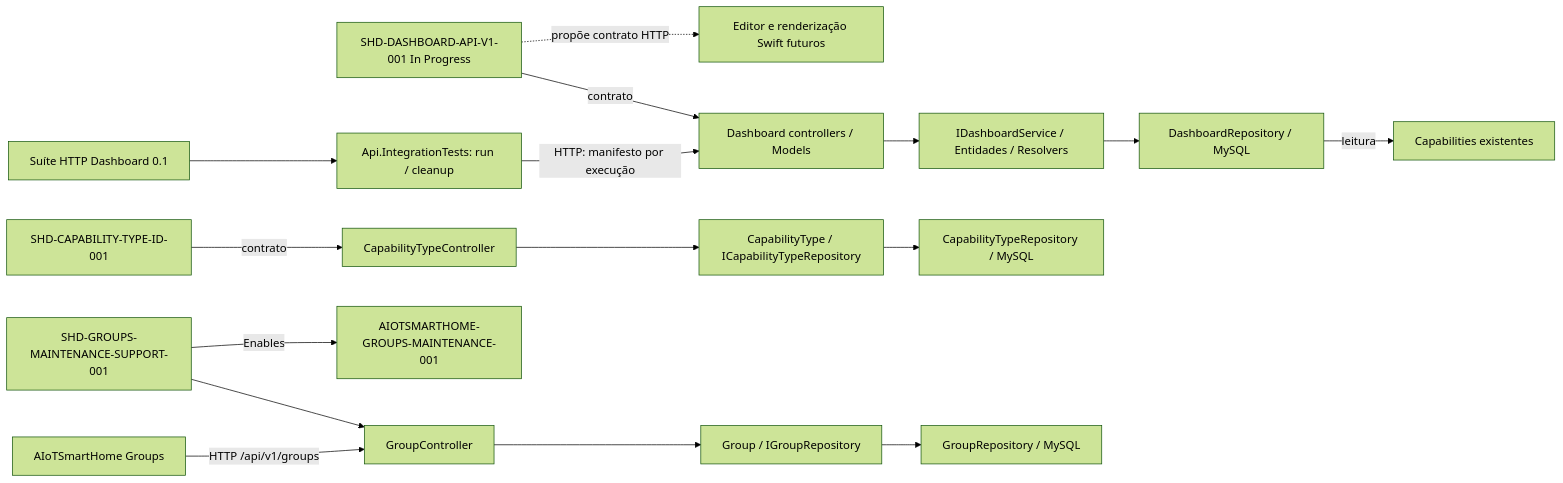
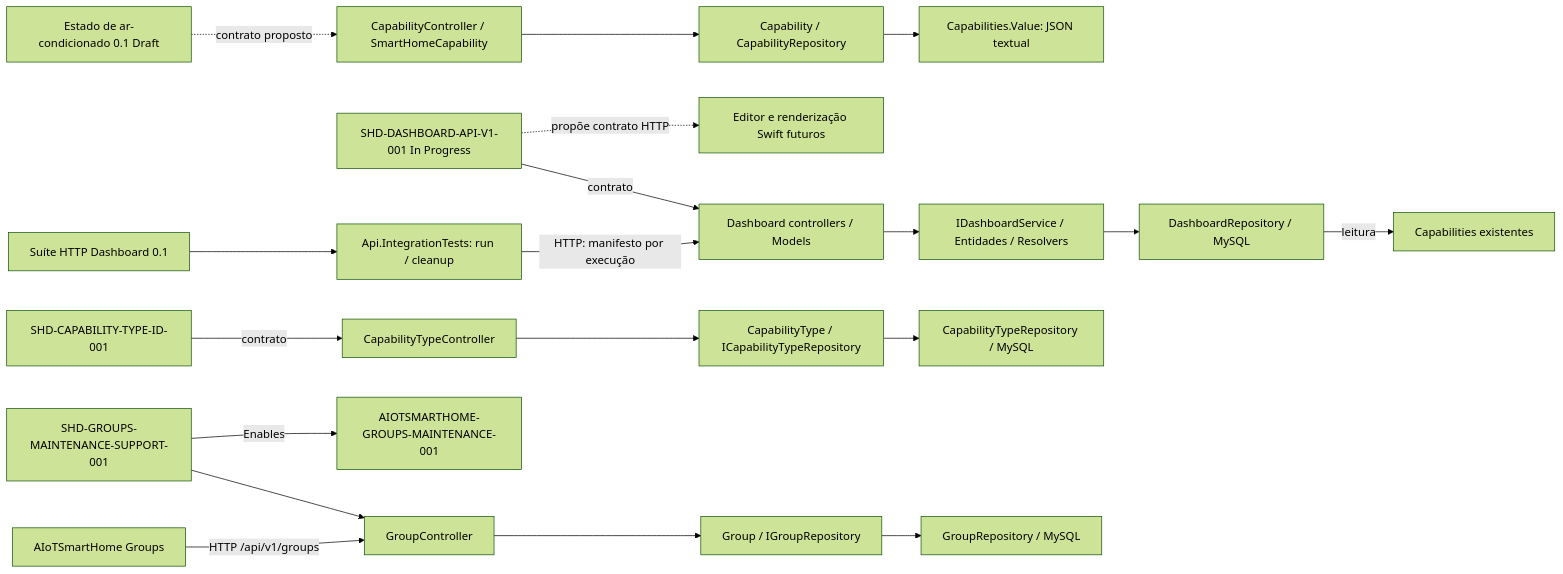
The diagram in docs/rfc/KNOWLEDGE-MAP.md (iotsmartsys/SmartHome-DeviceApi), drawn with Mermaid (forest theme) before and after one commit. The commit also changed other lines of this file and 4 other files, not shown here.

````diff
--- a/docs/rfc/KNOWLEDGE-MAP.md
+++ b/docs/rfc/KNOWLEDGE-MAP.md
@@ -70,18 +72,21 @@
 ```mermaid
 flowchart LR
+    ACSPEC[Estado de ar-condicionado 0.1 Draft] -.->|contrato proposto| ACAPI[CapabilityController / SmartHomeCapability]
+    ACAPI --> ACCORE[Capability / CapabilityRepository]
+    ACCORE --> ACDB[Capabilities.Value: JSON textual]
     DASHSPEC[SHD-DASHBOARD-API-V1-001 In Progress] -->|contrato| DASHAPI[Dashboard controllers / Models]
     DASHTESTSPEC[Suíte HTTP Dashboard 0.1] --> DASHTEST[Api.IntegrationTests: run / cleanup]
     DASHTEST -->|HTTP: manifesto por execução| DASHAPI
     DASHAPI --> DASHCORE[IDashboardService / Entidades / Resolvers]
     DASHCORE --> DASHDB[DashboardRepository / MySQL]
     DASHDB -->|leitura| DASHCAP[Capabilities existentes]
     DASHSPEC -.->|propõe contrato HTTP| DASHAPP[Editor e renderização Swift futuros]
     CTSPEC[SHD-CAPABILITY-TYPE-ID-001] -->|contrato| CTAPI[CapabilityTypeController]
     CTAPI --> CTCORE[CapabilityType / ICapabilityTypeRepository]
     CTCORE --> CTDB[CapabilityTypeRepository / MySQL]
     APP[AIoTSmartHome Groups] -->|HTTP /api/v1/groups| API[GroupController]
     SPEC[SHD-GROUPS-MAINTENANCE-SUPPORT-001] --> API
     API --> CORE[Group / IGroupRepository]
     CORE --> DB[GroupRepository / MySQL]
     SPEC -->|Enables| APPSPEC[AIOTSMARTHOME-GROUPS-MAINTENANCE-001]
 ```
````
